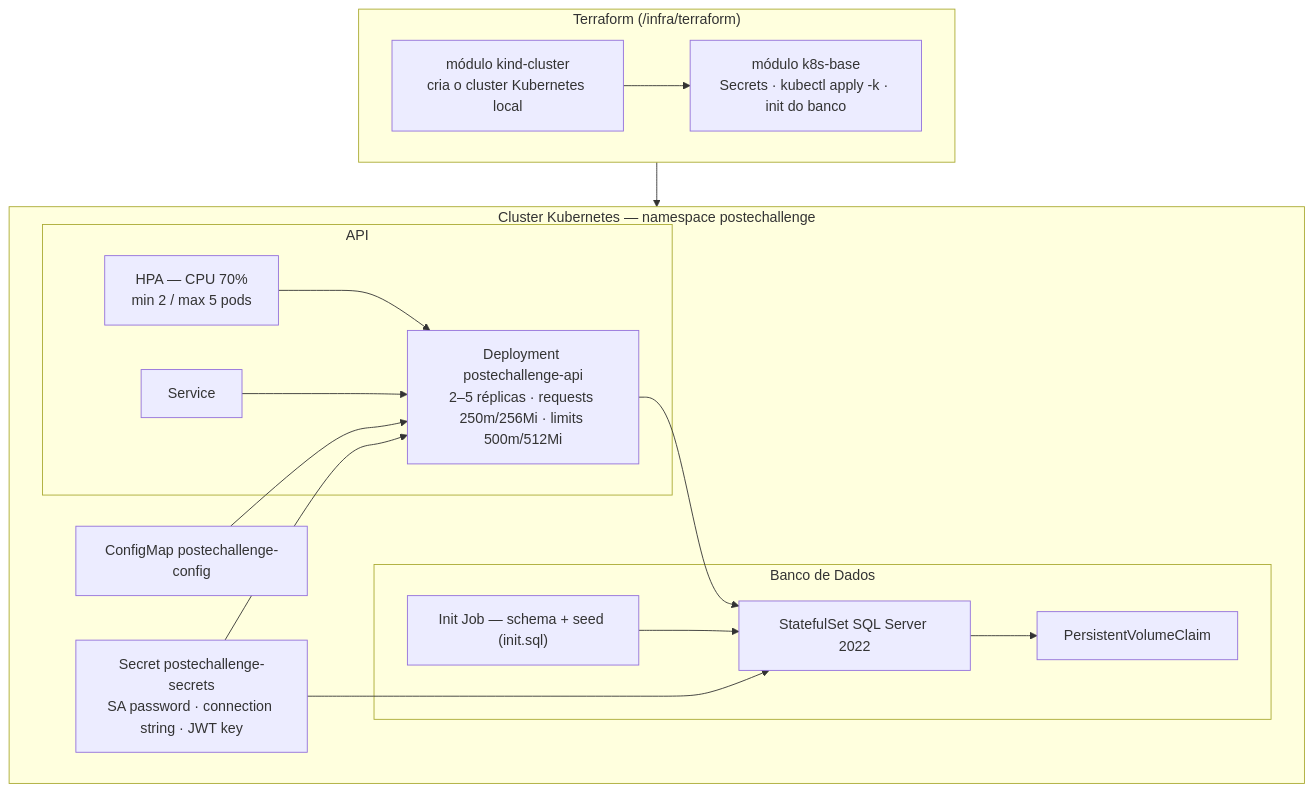
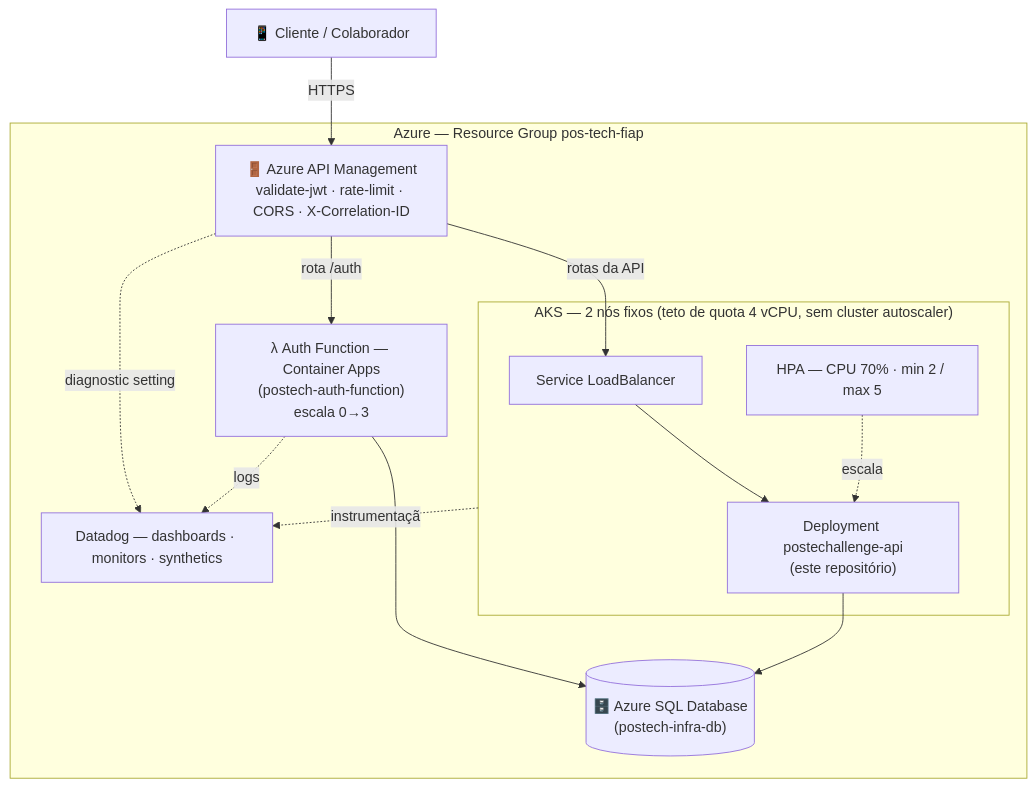
Before and after one commit to Gustavollier/postech-app: the third of 4 diagrams in README.md, drawn with Mermaid. The commit also changed other lines of this file, not shown here.

````diff
--- a/README.md
+++ b/README.md
@@ -70,31 +97,30 @@
 ```mermaid
 graph TB
-    subgraph TF["Terraform (/infra/terraform)"]
-        M1["módulo kind-cluster<br/>cria o cluster Kubernetes local"]
-        M2["módulo k8s-base<br/>Secrets · kubectl apply -k · init do banco"]
-        M1 --> M2
+    CLIENTE["📱 Cliente / Colaborador"] -- HTTPS --> APIM
+
+    subgraph AZURE["Azure — Resource Group pos-tech-fiap"]
+        APIM["🚪 Azure API Management<br/>validate-jwt · rate-limit · CORS · X-Correlation-ID"]
+
+        subgraph AKS["AKS — 2 nós fixos (teto de quota 4 vCPU, sem cluster autoscaler)"]
+            SVC["Service LoadBalancer"]
+            DEPLOY["Deployment postechallenge-api<br/>(este repositório)"]
+            HPA["HPA — CPU 70% · min 2 / max 5"]
+            SVC --> DEPLOY
+            HPA -.escala.-> DEPLOY
+        end
+
+        FUNC["λ Auth Function — Container Apps<br/>(postech-auth-function)<br/>escala 0→3"]
+
+        SQLDB[("🗄️ Azure SQL Database<br/>(postech-infra-db)")]
+
+        DATADOG["Datadog — dashboards · monitors · synthetics"]
+
+        APIM -- "rotas da API" --> SVC
+        APIM -- "rota /auth" --> FUNC
+        DEPLOY --> SQLDB
+        FUNC --> SQLDB
+        AKS -.instrumentação.-> DATADOG
+        FUNC -.logs.-> DATADOG
+        APIM -.diagnostic setting.-> DATADOG
     end
-    subgraph K8S["Cluster Kubernetes — namespace postechallenge"]
-        subgraph APIRES["API"]
-            DEP["Deployment postechallenge-api<br/>2–5 réplicas · requests 250m/256Mi · limits 500m/512Mi"]
-            SVC["Service"]
-            HPA["HPA — CPU 70%<br/>min 2 / max 5 pods"]
-            HPA --> DEP
-            SVC --> DEP
-        end
-        subgraph DB["Banco de Dados"]
-            STS["StatefulSet SQL Server 2022"]
-            PVC["PersistentVolumeClaim"]
-            JOB["Init Job — schema + seed (init.sql)"]
-            STS --> PVC
-            JOB --> STS
-        end
-        CM["ConfigMap postechallenge-config"]
-        SEC["Secret postechallenge-secrets<br/>SA password · connection string · JWT key"]
-        DEP --> STS
-        CM --> DEP
-        SEC --> DEP
-        SEC --> STS
-    end
-    TF --> K8S
 ```
````
